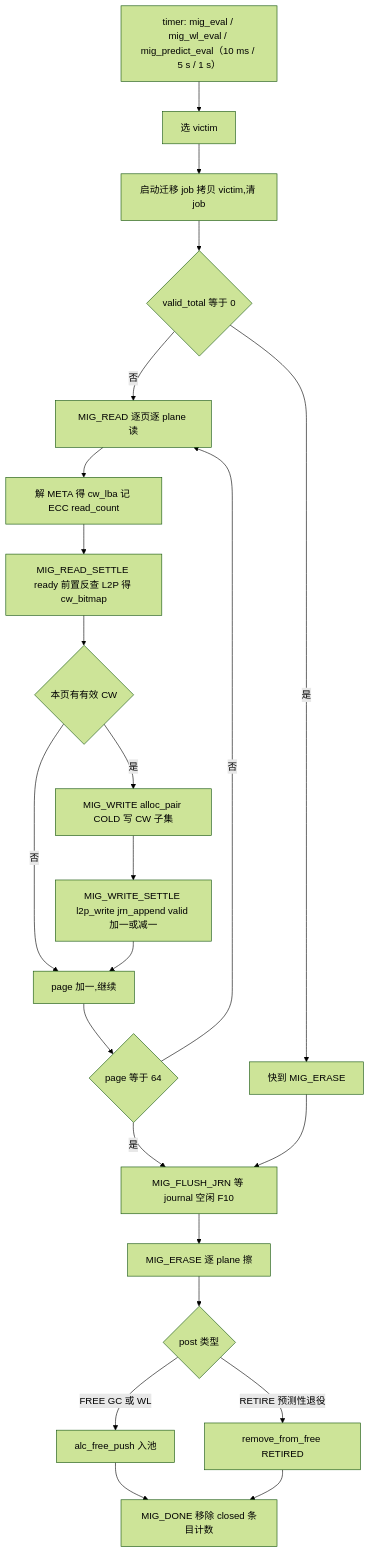
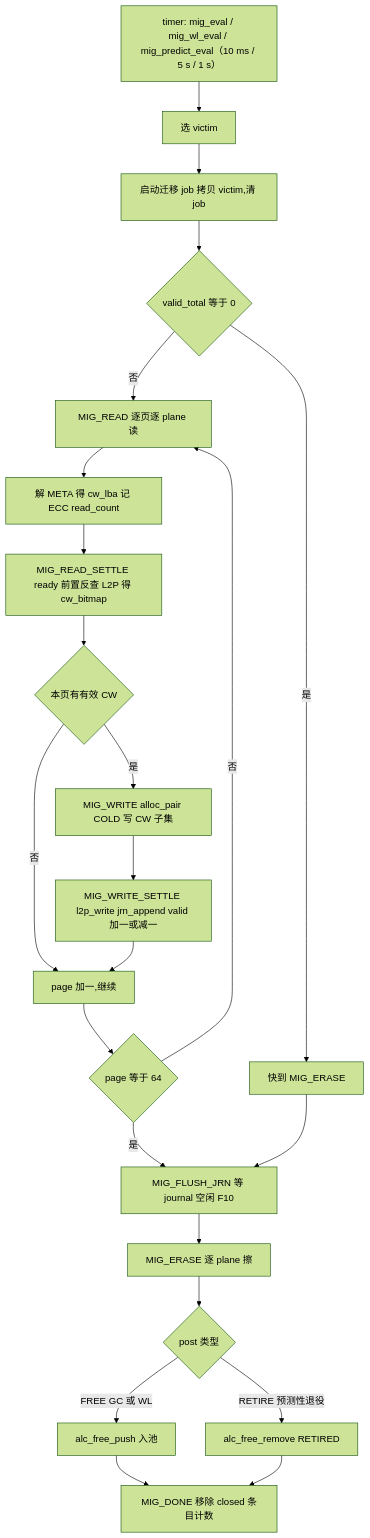
Diagram 48 of 50 in docs/design/ftl_design.md (YzYMIAO/BASESSD), drawn with Mermaid (forest theme) before and after one commit. The commit also changed other lines of this file and 42 other files, not shown here.

````diff
--- a/docs/design/ftl_design.md
+++ b/docs/design/ftl_design.md
@@ -4758,25 +5104,25 @@
 ```mermaid
 flowchart TD
  A["timer: mig_eval / mig_wl_eval / mig_predict_eval（10 ms / 5 s / 1 s）"] --> B["选 victim"]
  B --> C["启动迁移 job 拷贝 victim,清 job"]
  C --> D{"valid_total 等于 0"}
  D -- "是" --> E["快到 MIG_ERASE"]
  D -- "否" --> F["MIG_READ 逐页逐 plane 读"]
  F --> G["解 META 得 cw_lba 记 ECC read_count"]
  G --> H["MIG_READ_SETTLE ready 前置反查 L2P 得 cw_bitmap"]
  H --> I{"本页有有效 CW"}
  I -- "否" --> J["page 加一,继续"]
  I -- "是" --> K["MIG_WRITE alloc_pair COLD 写 CW 子集"]
  K --> L["MIG_WRITE_SETTLE l2p_write jrn_append valid 加一或减一"]
  L --> J
  J --> M{"page 等于 64"}
  M -- "否" --> F
  M -- "是" --> N["MIG_FLUSH_JRN 等 journal 空闲 F10"]
  N --> O["MIG_ERASE 逐 plane 擦"]
  O --> P{"post 类型"}
  P -- "FREE GC 或 WL" --> Q["alc_free_push 入池"]
- P -- "RETIRE 预测性退役" --> R["remove_from_free RETIRED"]
+ P -- "RETIRE 预测性退役" --> R["alc_free_remove RETIRED"]
  Q --> S["MIG_DONE 移除 closed 条目计数"]
  R --> S
  E --> N
 ```
````
